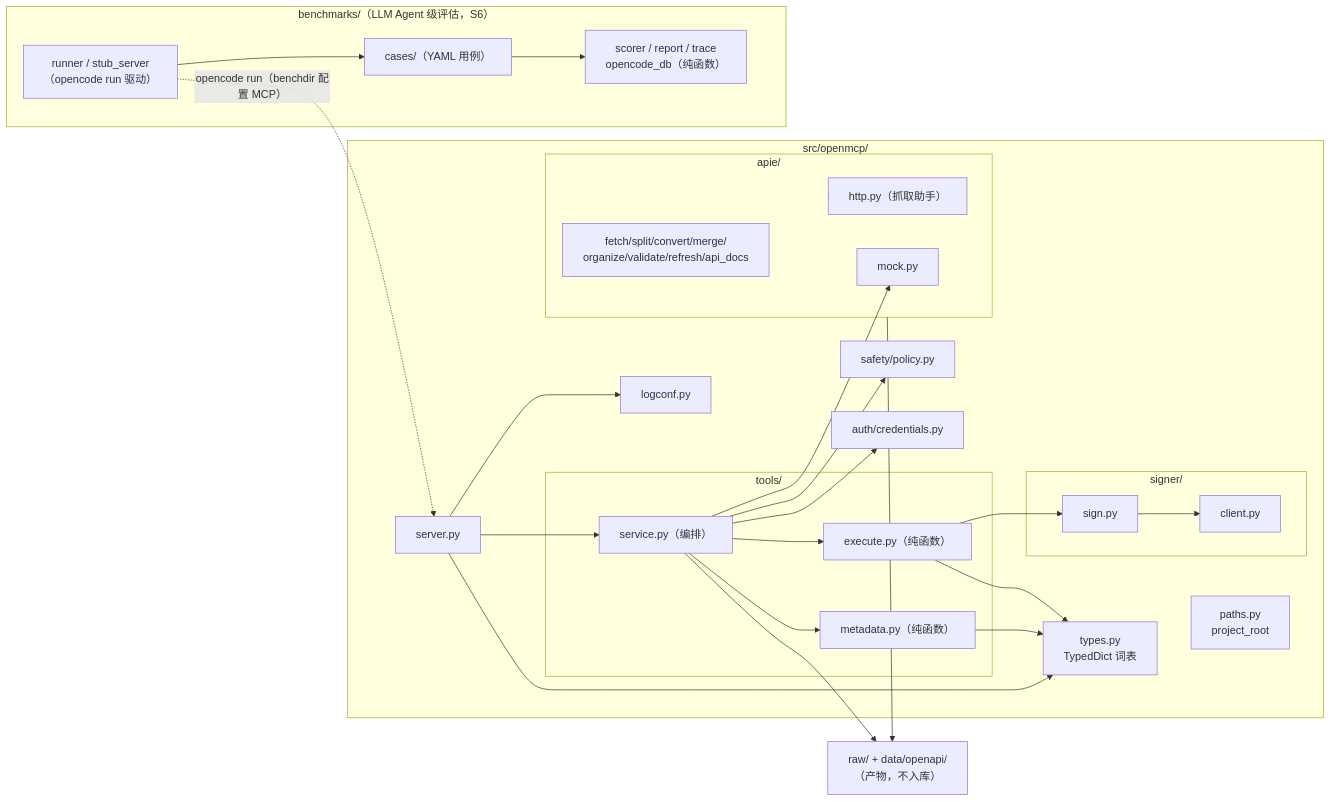
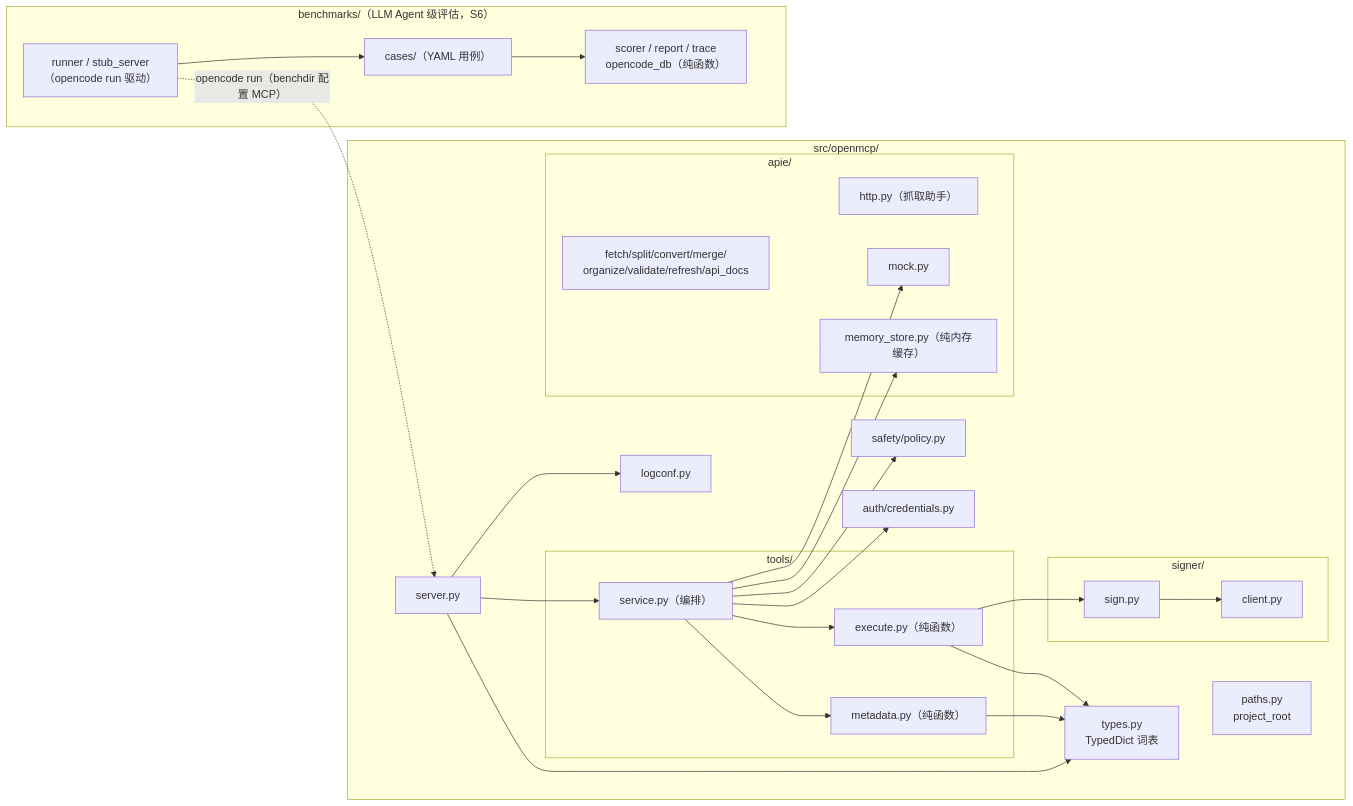
Before and after one commit to huaweicloud-mate/huaweicloud-open-mcp: the seventh of 9 diagrams in docs/design.md, drawn with Mermaid. The commit also changed other lines of this file and 15 other files, not shown here.

````diff
--- a/docs/design.md
+++ b/docs/design.md
@@ -197,47 +226,47 @@
 ```mermaid
 graph LR
     subgraph src["src/openmcp/"]
         T["types.py<br/>TypedDict 词表"]
         P["paths.py<br/>project_root"]
         SRV["server.py"]
         subgraph TL["tools/"]
             MT["metadata.py（纯函数）"]
             EX["execute.py（纯函数）"]
             SV["service.py（编排）"]
         end
         subgraph SG["signer/"]
             SN["sign.py"]
             CL["client.py"]
         end
         subgraph AP["apie/"]
             PIPE["fetch/split/convert/merge/<br/>organize/validate/refresh/api_docs"]
             H["http.py（抓取助手）"]
             MK["mock.py"]
+            MS["memory_store.py（纯内存缓存）"]
         end
         SF["safety/policy.py"]
         AU["auth/credentials.py"]
         LG["logconf.py"]
     end
-    DS["raw/ + data/openapi/<br/>（产物，不入库）"]
     subgraph BNM["benchmarks/（LLM Agent 级评估，S6）"]
         BC["cases/（YAML 用例）"]
         BSC["scorer / report / trace<br/>opencode_db（纯函数）"]
         BR["runner / stub_server<br/>（opencode run 驱动）"]
     end
 
     SRV --> SV --> MT
     SV --> EX --> SN --> CL
     SV --> SF
     SV --> AU
     SRV --> LG
     SRV --> T
     MT --> T
     EX --> T
     AP --> H
     AP --> MK
-    AP --> DS
-    SV --> DS
+    AP --> MS
+    SV --> MS
     SV --> MK
     BR -.opencode run（benchdir 配置 MCP）.-> SRV
     BR --> BC --> BSC
 ```
````
